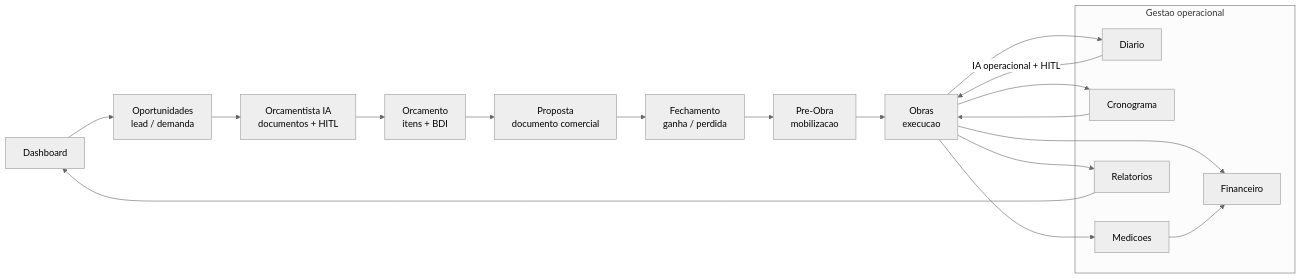
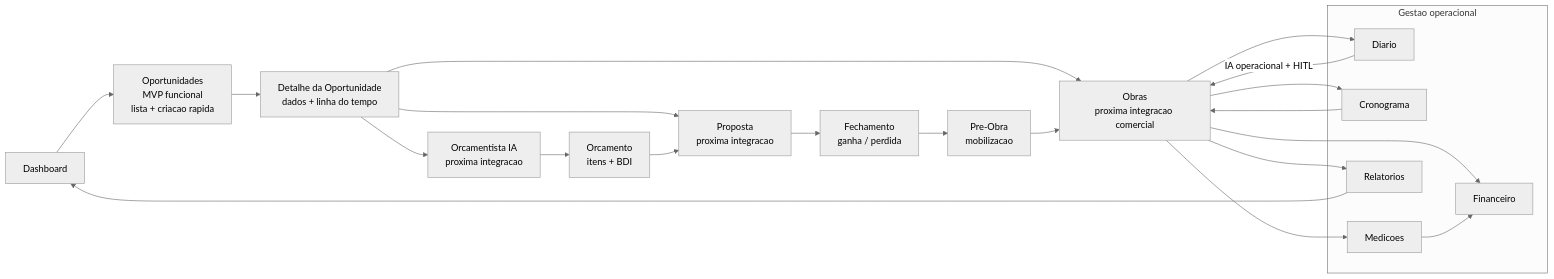
The diagram in platform/maps/EVIS_PRODUCT_FLOW.md (evisworkspace/evis-platform), drawn with Mermaid (neutral theme) before and after one commit. The commit also changed other lines of this file and 5 other files, not shown here.

Commit message:
docs: update EVIS maps for opportunities detail

````diff
--- a/platform/maps/EVIS_PRODUCT_FLOW.md
+++ b/platform/maps/EVIS_PRODUCT_FLOW.md
@@ -5,37 +5,41 @@
 ```mermaid
 flowchart LR
   Dashboard["Dashboard"]
-  Opportunities["Oportunidades<br/>lead / demanda"]
-  Estimator["Orcamentista IA<br/>documentos + HITL"]
+  Opportunities["Oportunidades<br/>MVP funcional<br/>lista + criacao rapida"]
+  OpportunityDetail["Detalhe da Oportunidade<br/>dados + linha do tempo"]
+  Estimator["Orcamentista IA<br/>proxima integracao"]
   Budget["Orcamento<br/>itens + BDI"]
-  Proposal["Proposta<br/>documento comercial"]
+  Proposal["Proposta<br/>proxima integracao"]
   Closing["Fechamento<br/>ganha / perdida"]
   PreWork["Pre-Obra<br/>mobilizacao"]
-  Works["Obras<br/>execucao"]
+  Works["Obras<br/>proxima integracao comercial"]
 
   subgraph Operations["Gestao operacional"]
     Daily["Diario"]
     Schedule["Cronograma"]
     Measurements["Medicoes"]
     Finance["Financeiro"]
     Reports["Relatorios"]
   end
 
   Dashboard --> Opportunities
-  Opportunities --> Estimator
+  Opportunities --> OpportunityDetail
+  OpportunityDetail --> Estimator
+  OpportunityDetail --> Proposal
+  OpportunityDetail --> Works
   Estimator --> Budget
   Budget --> Proposal
   Proposal --> Closing
   Closing --> PreWork
   PreWork --> Works
   Works --> Daily
   Works --> Schedule
   Works --> Measurements
   Works --> Finance
   Works --> Reports
 
   Daily -->|"IA operacional + HITL"| Works
   Schedule --> Works
   Measurements --> Finance
   Reports --> Dashboard
 ```
````
